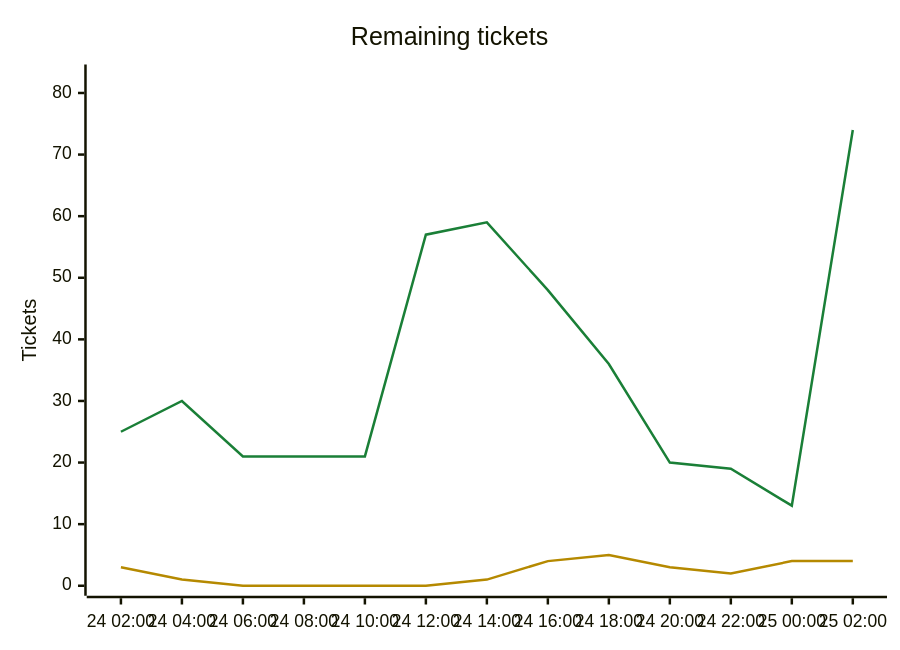
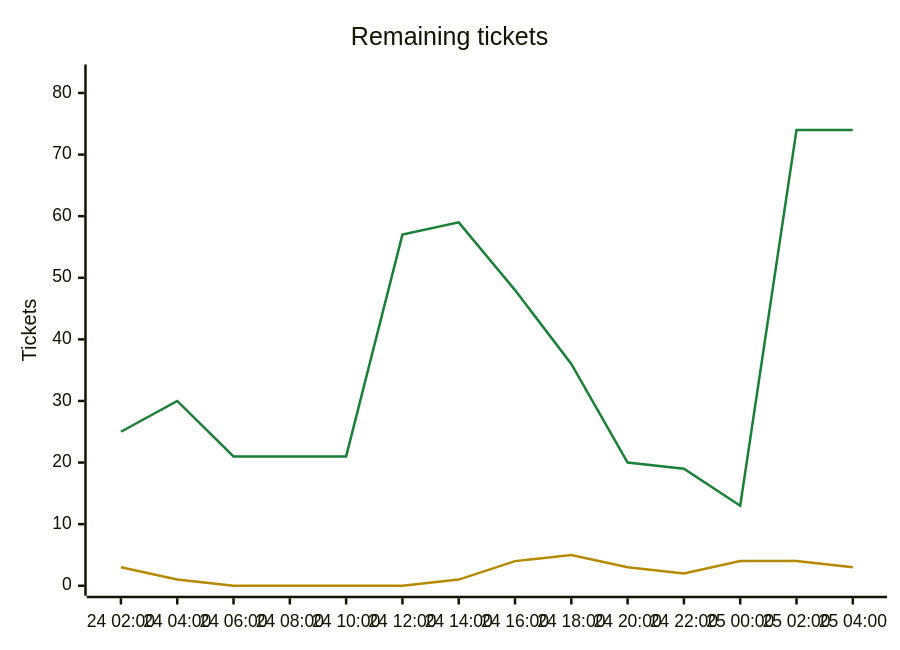
Before and after one commit to Kenmura/Unciv: the second of 2 diagrams in csharp/migration/DEPENDENCY_MAP.md, drawn with Mermaid. The commit also changed other lines of this file and 1 other file, not shown here.

Commit message:
migration: review C008 pass [Claude, adversarial subagent]

````diff
--- a/csharp/migration/DEPENDENCY_MAP.md
+++ b/csharp/migration/DEPENDENCY_MAP.md
@@ -529,9 +529,9 @@
 ```mermaid
 %%{init: {"themeVariables": {"xyChart": {"plotColorPalette": "#1a7f37, #b58900"}}}}%%
 xychart-beta
     title "Remaining tickets"
-    x-axis ["24 02:00", "24 04:00", "24 06:00", "24 08:00", "24 10:00", "24 12:00", "24 14:00", "24 16:00", "24 18:00", "24 20:00", "24 22:00", "25 00:00", "25 02:00"]
+    x-axis ["24 02:00", "24 04:00", "24 06:00", "24 08:00", "24 10:00", "24 12:00", "24 14:00", "24 16:00", "24 18:00", "24 20:00", "24 22:00", "25 00:00", "25 02:00", "25 04:00"]
     y-axis "Tickets" 0 --> 83
-    line [25, 30, 21, 21, 21, 57, 59, 48, 36, 20, 19, 13, 74]
-    line [3, 1, 0, 0, 0, 0, 1, 4, 5, 3, 2, 4, 4]
+    line [25, 30, 21, 21, 21, 57, 59, 48, 36, 20, 19, 13, 74, 74]
+    line [3, 1, 0, 0, 0, 0, 1, 4, 5, 3, 2, 4, 4, 3]
 ```
````
